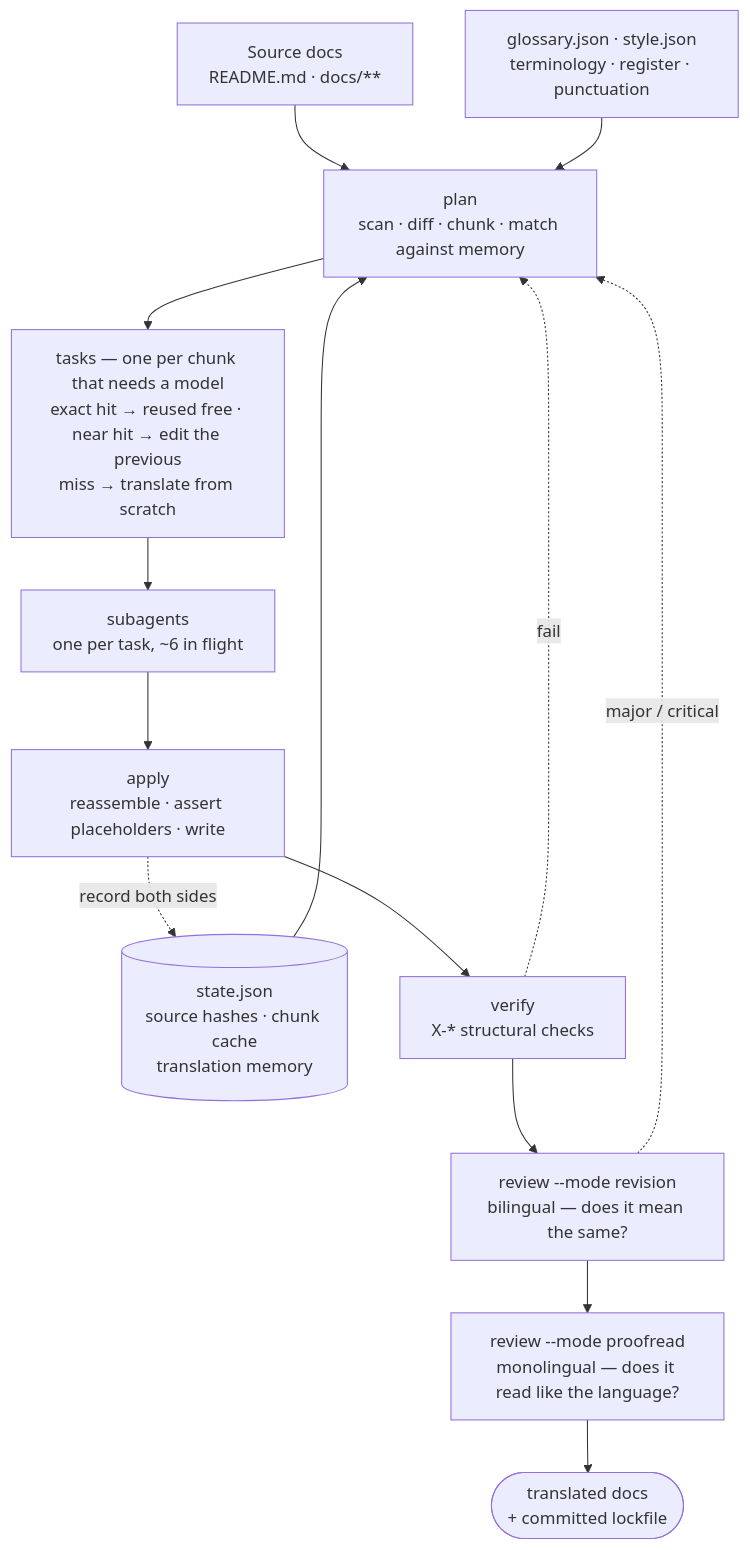
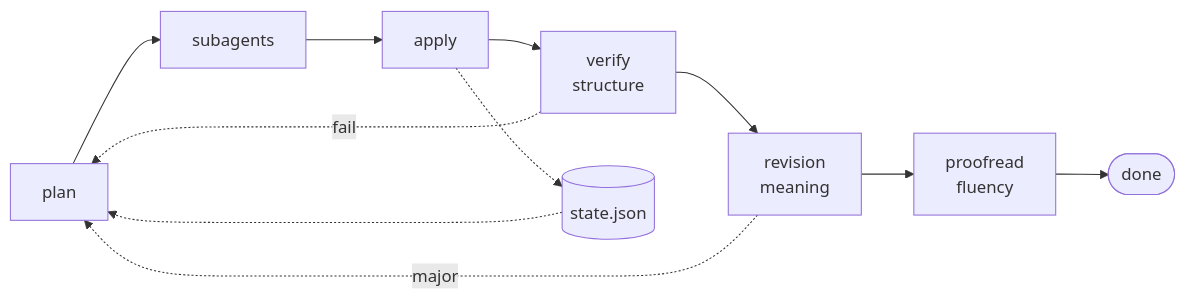
Before and after one commit to koko-t7i/i18n: the diagram in README.md, drawn with Mermaid. The commit also changed other lines of this file and 2 other files, not shown here.

````diff
--- a/README.md
+++ b/README.md
@@ -150,22 +127,9 @@
 ```mermaid
-flowchart TD
-    SRC["Source docs<br>README.md · docs/**"] --> PLAN
-    CFG["glossary.json · style.json<br>terminology · register · punctuation"] --> PLAN
-    ST[("state.json<br>source hashes · chunk cache<br>translation memory")] --> PLAN
-
-    PLAN["plan<br>scan · diff · chunk · match against memory"] --> TASK
-
-    TASK["tasks — one per chunk that needs a model<br>exact hit → reused free · near hit → edit the previous<br>miss → translate from scratch"] --> SUB
-
-    SUB["subagents<br>one per task, ~6 in flight"] --> APPLY
-
-    APPLY["apply<br>reassemble · assert placeholders · write"] --> VERIFY
-    APPLY -.->|"record both sides"| ST
-
-    VERIFY["verify<br>X-* structural checks"] --> REVISION
-    REVISION["review --mode revision<br>bilingual — does it mean the same?"] --> PROOF
-    PROOF["review --mode proofread<br>monolingual — does it read like the language?"] --> OUT(["translated docs<br>+ committed lockfile"])
-
-    VERIFY -.->|"fail"| PLAN
-    REVISION -.->|"major / critical"| PLAN
+flowchart LR
+    PLAN["plan"] --> SUB["subagents"] --> APPLY["apply"] --> V["verify<br>structure"]
+    V --> R["revision<br>meaning"] --> P["proofread<br>fluency"] --> OUT(["done"])
+    ST[("state.json")] -.-> PLAN
+    APPLY -.-> ST
+    V -. "fail" .-> PLAN
+    R -. "major" .-> PLAN
 ```
````
